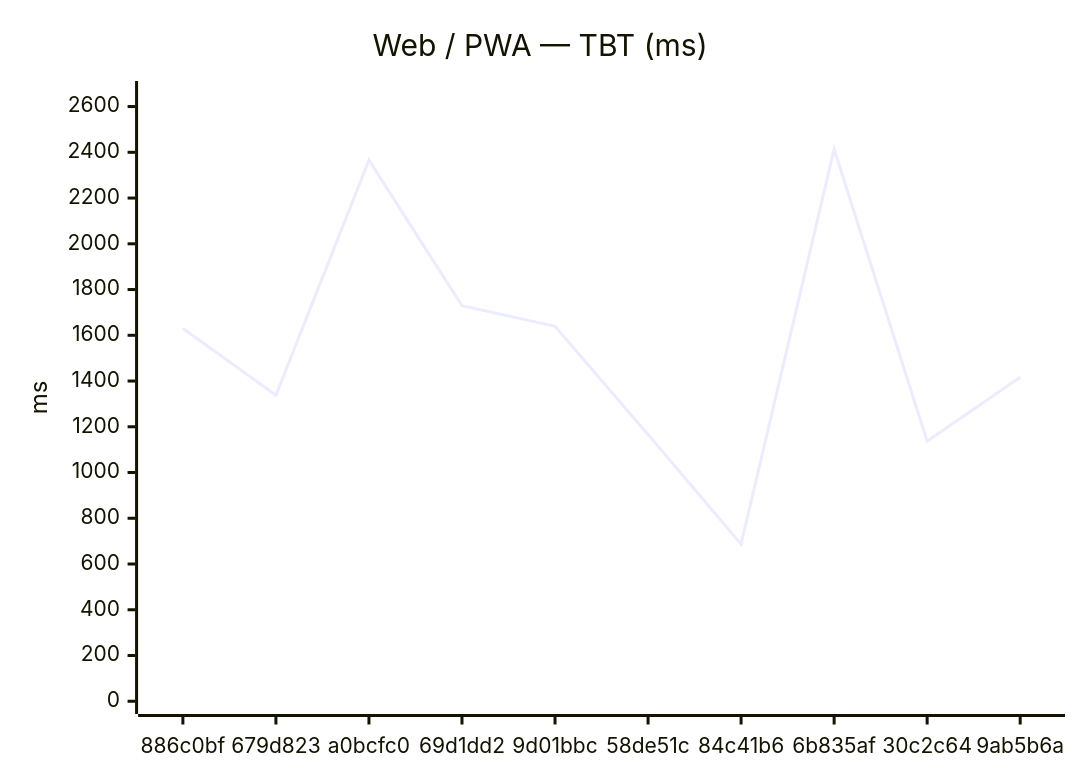
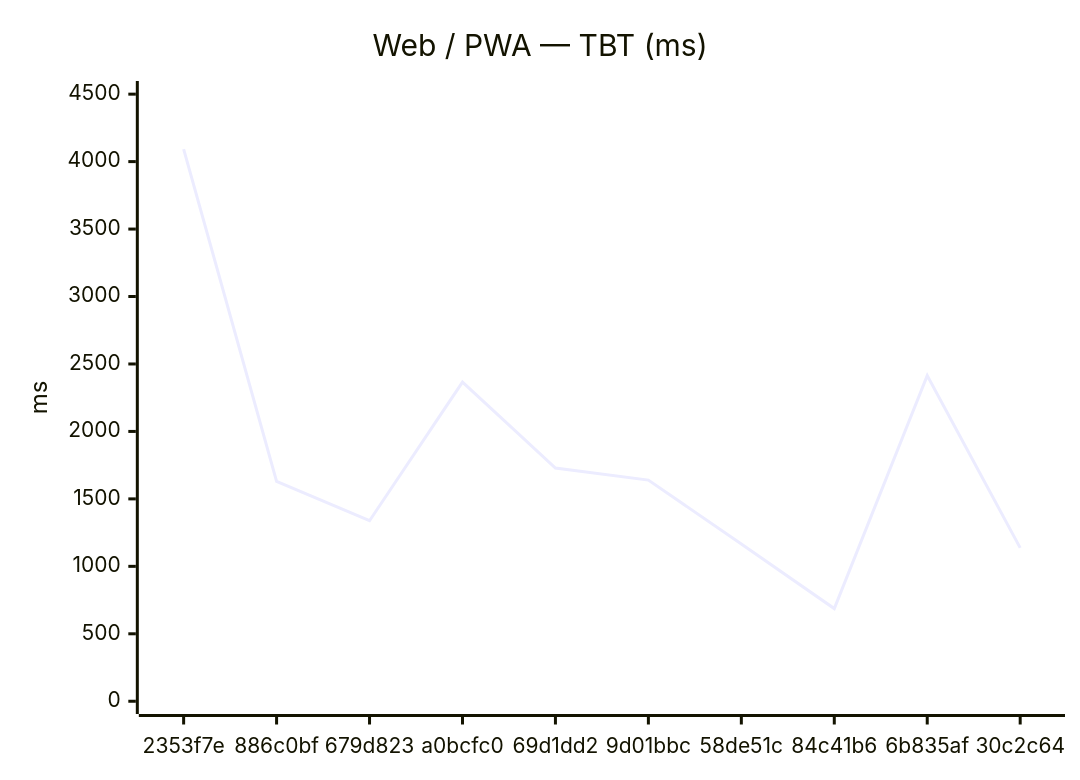
Before and after one commit to Metaheurist/Rianell: the second of 12 diagrams in benchmarks/compare.md, drawn with Mermaid. The commit also changed other lines of this file and 8 other files, not shown here.

````diff
--- a/benchmarks/compare.md
+++ b/benchmarks/compare.md
@@ -31,7 +31,7 @@
 ```mermaid
 xychart-beta
     title "Web / PWA — TBT (ms)"
-    x-axis ["886c0bf", "679d823", "a0bcfc0", "69d1dd2", "9d01bbc", "58de51c", "84c41b6", "6b835af", "30c2c64", "9ab5b6a"]
-    y-axis "ms" 0 --> 2656
-    line [1630, 1338, 2366, 1729, 1639, 1166, 687, 2414, 1137, 1417]
+    x-axis ["2353f7e", "886c0bf", "679d823", "a0bcfc0", "69d1dd2", "9d01bbc", "58de51c", "84c41b6", "6b835af", "30c2c64"]
+    y-axis "ms" 0 --> 4503
+    line [4093, 1630, 1338, 2366, 1729, 1639, 1166, 687, 2414, 1137]
 ```
````
